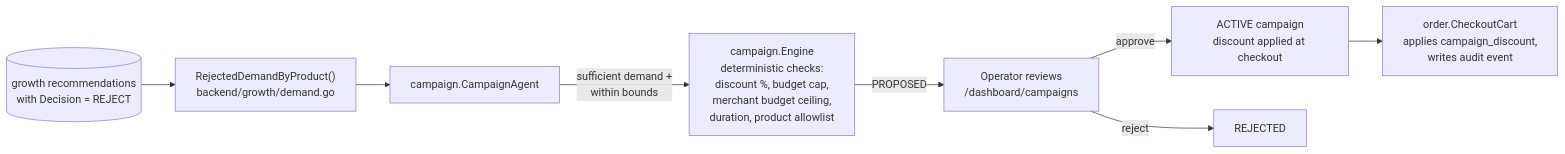
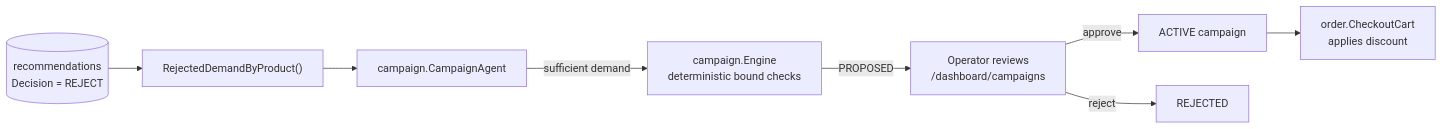
The eighth of 10 diagrams in files/ARCHITECTURE.md (GarineSaiAjay/commerceos), drawn with Mermaid before and after one commit. The commit also changed other lines of this file, not shown here.

First line of the commit message:
docs(files): fix distorted Mermaid rendering in ARCHITECTURE.md

````diff
--- a/files/ARCHITECTURE.md
+++ b/files/ARCHITECTURE.md
@@ -352,10 +375,10 @@
 ```mermaid
 flowchart LR
-    RejectedRecs[("growth recommendations<br/>with Decision = REJECT")] --> Demand["RejectedDemandByProduct()<br/>backend/growth/demand.go"]
+    RejectedRecs[("recommendations<br/>Decision = REJECT")] --> Demand["RejectedDemandByProduct()"]
     Demand --> CampaignAgent["campaign.CampaignAgent"]
-    CampaignAgent -->|"sufficient demand +\nwithin bounds"| Engine["campaign.Engine<br/>deterministic checks:\ndiscount %, budget cap,\nmerchant budget ceiling,\nduration, product allowlist"]
+    CampaignAgent -->|sufficient demand| Engine["campaign.Engine<br/>deterministic bound checks"]
     Engine -->|PROPOSED| Operator["Operator reviews<br/>/dashboard/campaigns"]
-    Operator -->|approve| Active["ACTIVE campaign<br/>discount applied at checkout"]
+    Operator -->|approve| Active["ACTIVE campaign"]
     Operator -->|reject| Rejected2["REJECTED"]
-    Active --> Checkout["order.CheckoutCart<br/>applies campaign_discount,\nwrites audit event"]
+    Active --> Checkout["order.CheckoutCart<br/>applies discount"]
 ```
````
